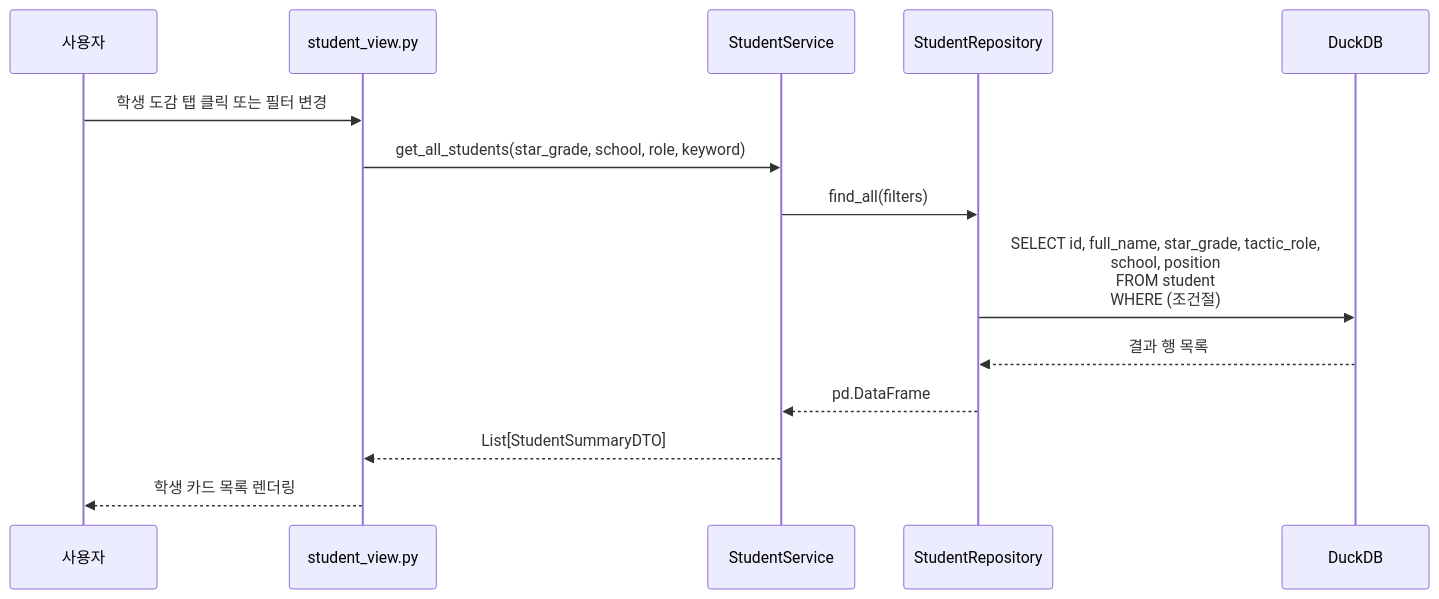
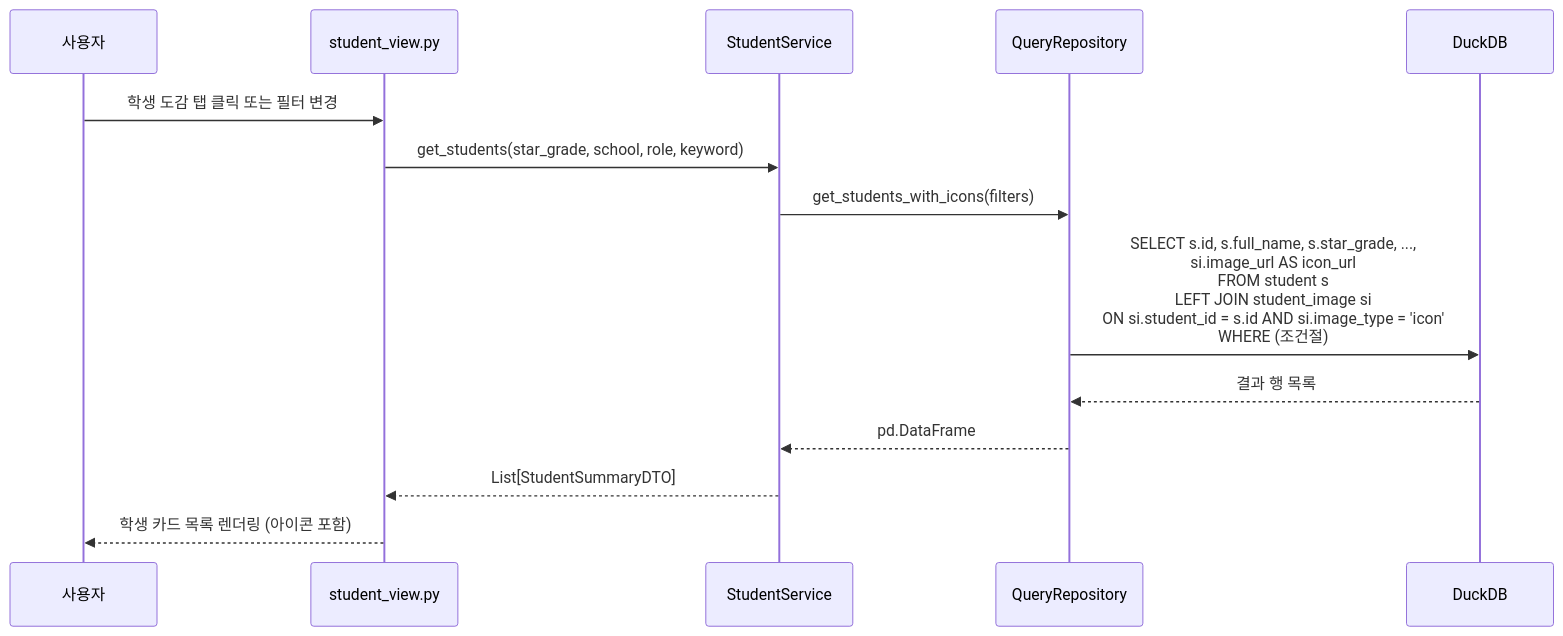
The first of 5 diagrams in 설계서_초안.md (dngur521/blue-archive-db-project), drawn with Mermaid before and after one commit. The commit also changed other lines of this file and 26 other files, not shown here.

````diff
--- a/설계서_초안.md
+++ b/설계서_초안.md
@@ -552,17 +577,17 @@
 ```mermaid
 sequenceDiagram
     participant 사용자
     participant View as student_view.py
     participant Service as StudentService
-    participant Repo as StudentRepository
+    participant Repo as QueryRepository
     participant DB as DuckDB
 
     사용자->>View: 학생 도감 탭 클릭 또는 필터 변경
-    View->>Service: get_all_students(star_grade, school, role, keyword)
-    Service->>Repo: find_all(filters)
-    Repo->>DB: SELECT id, full_name, star_grade, tactic_role,<br/>  school, position<br/>FROM student<br/>WHERE (조건절)
+    View->>Service: get_students(star_grade, school, role, keyword)
+    Service->>Repo: get_students_with_icons(filters)
+    Repo->>DB: SELECT s.id, s.full_name, s.star_grade, ...,<br/>  si.image_url AS icon_url<br/>FROM student s<br/>LEFT JOIN student_image si<br/>  ON si.student_id = s.id AND si.image_type = 'icon'<br/>WHERE (조건절)
     DB-->>Repo: 결과 행 목록
     Repo-->>Service: pd.DataFrame
     Service-->>View: List[StudentSummaryDTO]
-    View-->>사용자: 학생 카드 목록 렌더링
+    View-->>사용자: 학생 카드 목록 렌더링 (아이콘 포함)
 ```
````
